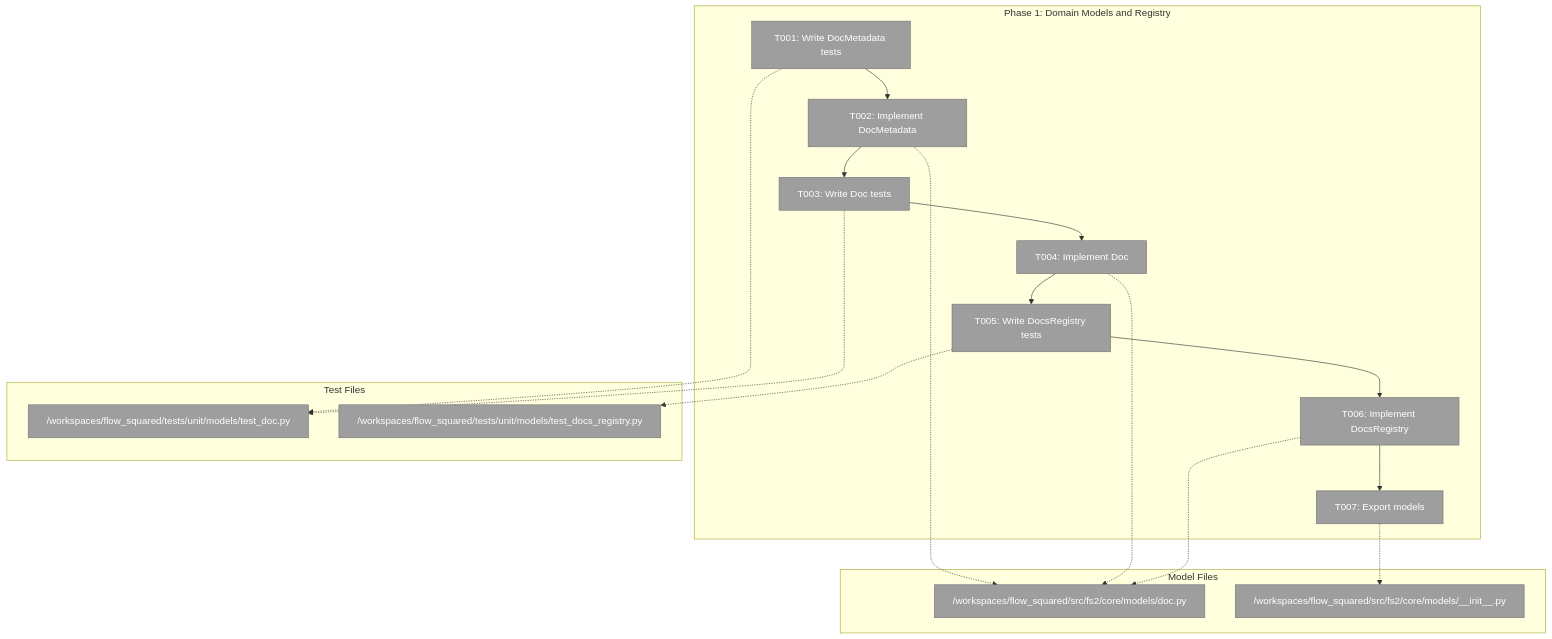
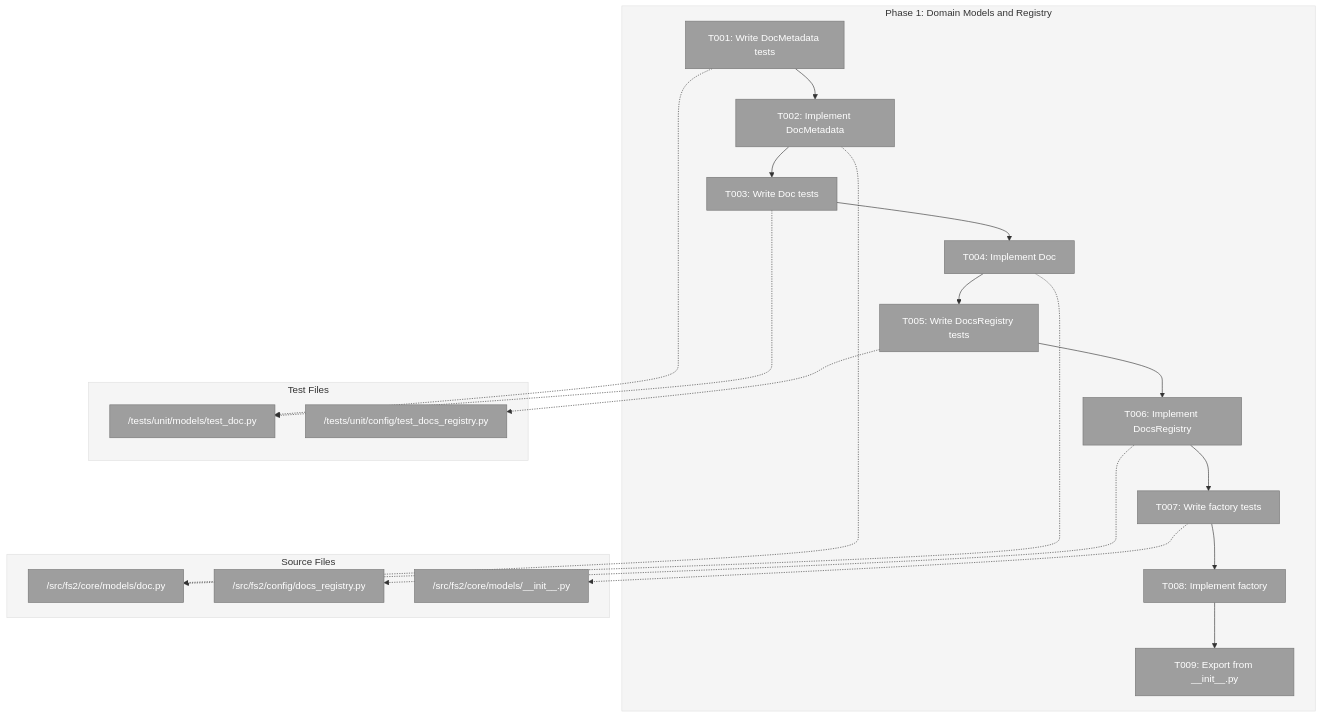
The first of 3 diagrams in docs/plans/014-mcp-doco/tasks/phase-1-domain-models-and-registry/tasks.md (AI-Substrate/flow_squared), drawn with Mermaid before and after one commit. The commit also changed other lines of this file and 17 other files, not shown here.

````diff
--- a/docs/plans/014-mcp-doco/tasks/phase-1-domain-models-and-registry/tasks.md
+++ b/docs/plans/014-mcp-doco/tasks/phase-1-domain-models-and-registry/tasks.md
@@ -83,42 +92,51 @@
 ```mermaid
 flowchart TD
     classDef pending fill:#9E9E9E,stroke:#757575,color:#fff
     classDef inprogress fill:#FF9800,stroke:#F57C00,color:#fff
     classDef completed fill:#4CAF50,stroke:#388E3C,color:#fff
     classDef blocked fill:#F44336,stroke:#D32F2F,color:#fff
 
-    subgraph Phase1["Phase 1: Domain Models and Registry"]
+    style Phase fill:#F5F5F5,stroke:#E0E0E0
+    style Models fill:#F5F5F5,stroke:#E0E0E0
+    style Tests fill:#F5F5F5,stroke:#E0E0E0
+
+    subgraph Phase["Phase 1: Domain Models and Registry"]
         T001["T001: Write DocMetadata tests"]:::pending
         T002["T002: Implement DocMetadata"]:::pending
         T003["T003: Write Doc tests"]:::pending
         T004["T004: Implement Doc"]:::pending
         T005["T005: Write DocsRegistry tests"]:::pending
         T006["T006: Implement DocsRegistry"]:::pending
-        T007["T007: Export models"]:::pending
+        T007["T007: Write factory tests"]:::pending
+        T008["T008: Implement factory"]:::pending
+        T009["T009: Export from __init__.py"]:::pending
 
         T001 --> T002
         T002 --> T003
         T003 --> T004
         T004 --> T005
         T005 --> T006
         T006 --> T007
+        T007 --> T008
+        T008 --> T009
     end
 
-    subgraph Models["Model Files"]
-        F1["/workspaces/flow_squared/src/fs2/core/models/doc.py"]:::pending
-        F2["/workspaces/flow_squared/src/fs2/core/models/__init__.py"]:::pending
+    subgraph Models["Source Files"]
+        F1["/src/fs2/core/models/doc.py"]:::pending
+        F2["/src/fs2/config/docs_registry.py"]:::pending
+        F3["/src/fs2/core/models/__init__.py"]:::pending
     end
 
     subgraph Tests["Test Files"]
-        F3["/workspaces/flow_squared/tests/unit/models/test_doc.py"]:::pending
-        F4["/workspaces/flow_squared/tests/unit/models/test_docs_registry.py"]:::pending
+        T_DOC["/tests/unit/models/test_doc.py"]:::pending
+        T_REG["/tests/unit/config/test_docs_registry.py"]:::pending
     end
 
-    T001 -.-> F3
+    T001 -.-> T_DOC
     T002 -.-> F1
-    T003 -.-> F3
+    T003 -.-> T_DOC
     T004 -.-> F1
-    T005 -.-> F4
-    T006 -.-> F1
-    T007 -.-> F2
+    T005 -.-> T_REG
+    T006 -.-> F2
+    T007 -.-> F3
 ```
````
